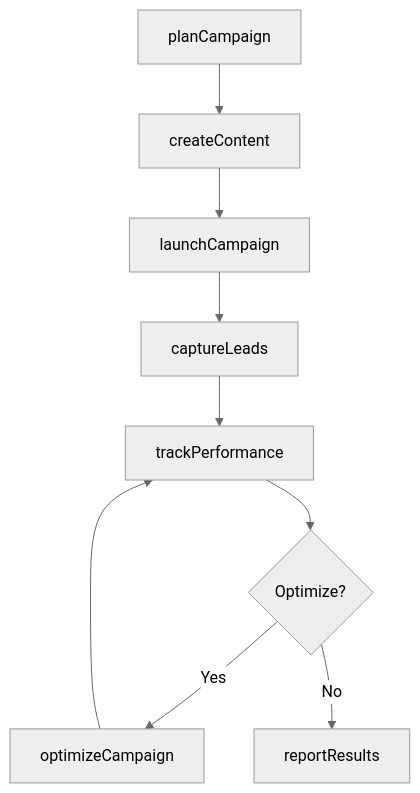
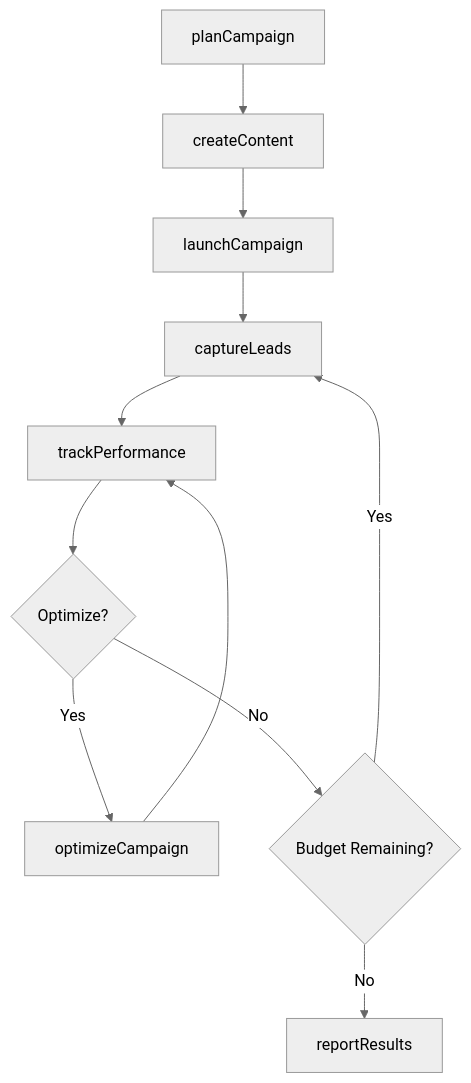
One commit to dot-org-ai/tasks.org.ai changed the third of 4 diagrams in SellingOrInfluencingOthers/PromoteProductsServicesOrPrograms/PerformMarketingActivities.mdx. Above: the diagram before and after it, drawn with Mermaid (neutral theme). The commit also changed other lines of this file and 504 other files, not shown here.

First line of the commit message:
feat: Add ER diagrams, state diagrams, and workflow improvements to 96 DWA task files

````diff
--- a/SellingOrInfluencingOthers/PromoteProductsServicesOrPrograms/PerformMarketingActivities.mdx
+++ b/SellingOrInfluencingOthers/PromoteProductsServicesOrPrograms/PerformMarketingActivities.mdx
@@ -87,11 +114,13 @@
 ```mermaid
 graph TD
     A[planCampaign] --> B[createContent]
     B --> C[launchCampaign]
     C --> D[captureLeads]
     D --> E[trackPerformance]
     E --> F{Optimize?}
     F -->|Yes| G[optimizeCampaign]
     G --> E
-    F -->|No| H[reportResults]
+    F -->|No| H{Budget Remaining?}
+    H -->|Yes| D
+    H -->|No| I[reportResults]
 ```
````
